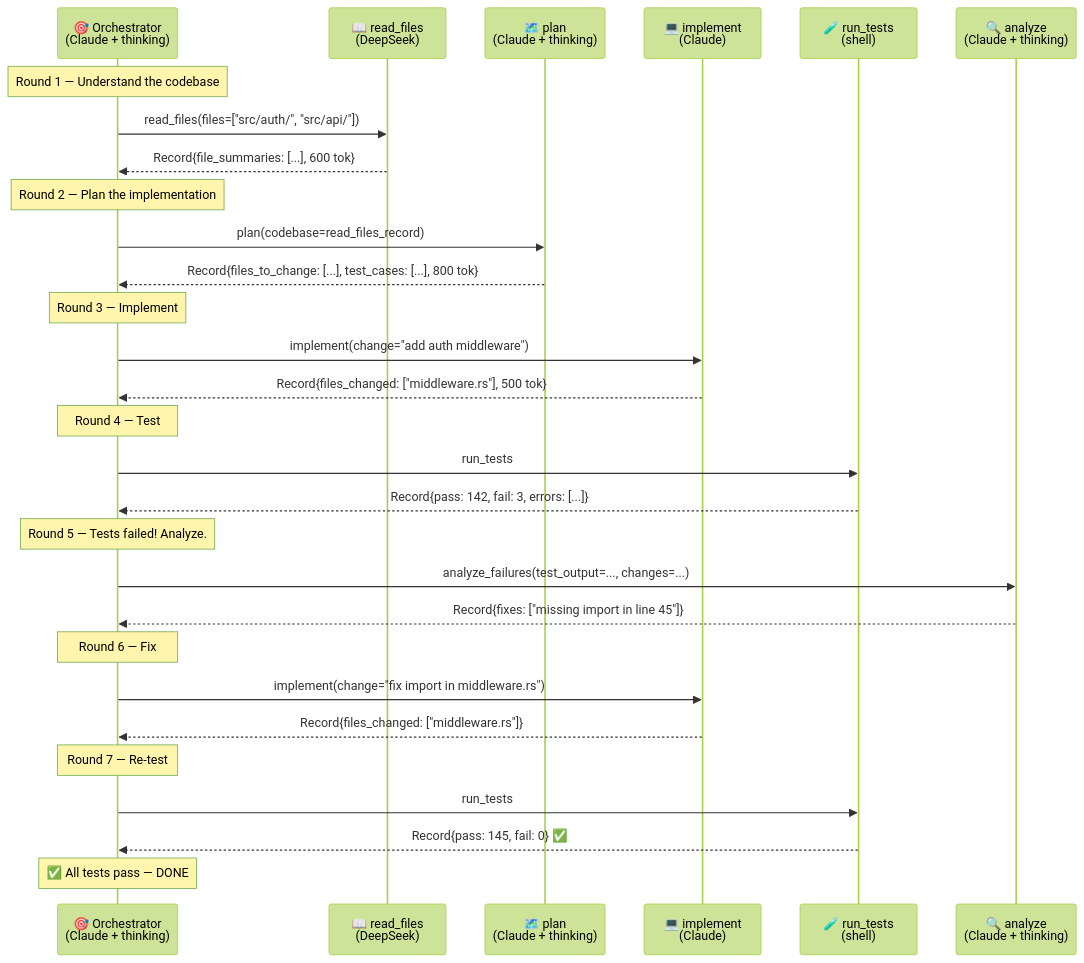
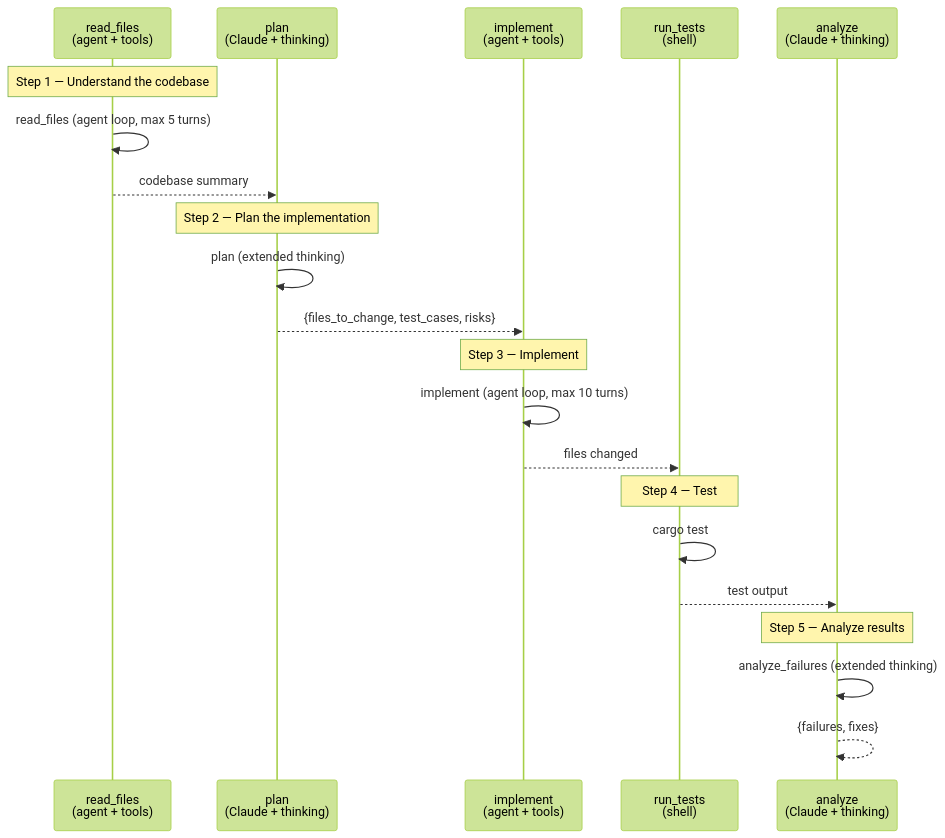
The third of 3 diagrams in docs/vision/09-use-cases-cookbook.md (supernovae-st/nika), drawn with Mermaid (forest theme) before and after one commit. The commit also changed other lines of this file and 5 other files, not shown here.

````diff
--- a/docs/vision/09-use-cases-cookbook.md
+++ b/docs/vision/09-use-cases-cookbook.md
@@ -715,39 +659,28 @@
 ```mermaid
 sequenceDiagram
-    participant S as 🎯 Orchestrator<br/>(Claude + thinking)
-    participant R as 📖 read_files<br/>(DeepSeek)
-    participant P as 🗺️ plan<br/>(Claude + thinking)
-    participant I as 💻 implement<br/>(Claude)
-    participant T as 🧪 run_tests<br/>(shell)
-    participant A as 🔍 analyze<br/>(Claude + thinking)
+    participant R as read_files<br/>(agent + tools)
+    participant P as plan<br/>(Claude + thinking)
+    participant I as implement<br/>(agent + tools)
+    participant T as run_tests<br/>(shell)
+    participant A as analyze<br/>(Claude + thinking)
 
-    Note over S: Round 1 — Understand the codebase
-    S->>R: read_files(files=["src/auth/", "src/api/"])
-    R-->>S: Record{file_summaries: [...], 600 tok}
+    Note over R: Step 1 — Understand the codebase
+    R->>R: read_files (agent loop, max 5 turns)
+    R-->>P: codebase summary
 
-    Note over S: Round 2 — Plan the implementation
-    S->>P: plan(codebase=read_files_record)
-    P-->>S: Record{files_to_change: [...], test_cases: [...], 800 tok}
+    Note over P: Step 2 — Plan the implementation
+    P->>P: plan (extended thinking)
+    P-->>I: {files_to_change, test_cases, risks}
 
-    Note over S: Round 3 — Implement
-    S->>I: implement(change="add auth middleware")
-    I-->>S: Record{files_changed: ["middleware.rs"], 500 tok}
+    Note over I: Step 3 — Implement
+    I->>I: implement (agent loop, max 10 turns)
+    I-->>T: files changed
 
-    Note over S: Round 4 — Test
-    S->>T: run_tests
-    T-->>S: Record{pass: 142, fail: 3, errors: [...]}
+    Note over T: Step 4 — Test
+    T->>T: cargo test
+    T-->>A: test output
 
-    Note over S: Round 5 — Tests failed! Analyze.
-    S->>A: analyze_failures(test_output=..., changes=...)
-    A-->>S: Record{fixes: ["missing import in line 45"]}
-
-    Note over S: Round 6 — Fix
-    S->>I: implement(change="fix import in middleware.rs")
-    I-->>S: Record{files_changed: ["middleware.rs"]}
-
-    Note over S: Round 7 — Re-test
-    S->>T: run_tests
-    T-->>S: Record{pass: 145, fail: 0} ✅
-
-    Note over S: ✅ All tests pass — DONE
+    Note over A: Step 5 — Analyze results
+    A->>A: analyze_failures (extended thinking)
+    A-->>A: {failures, fixes}
 ```
````
